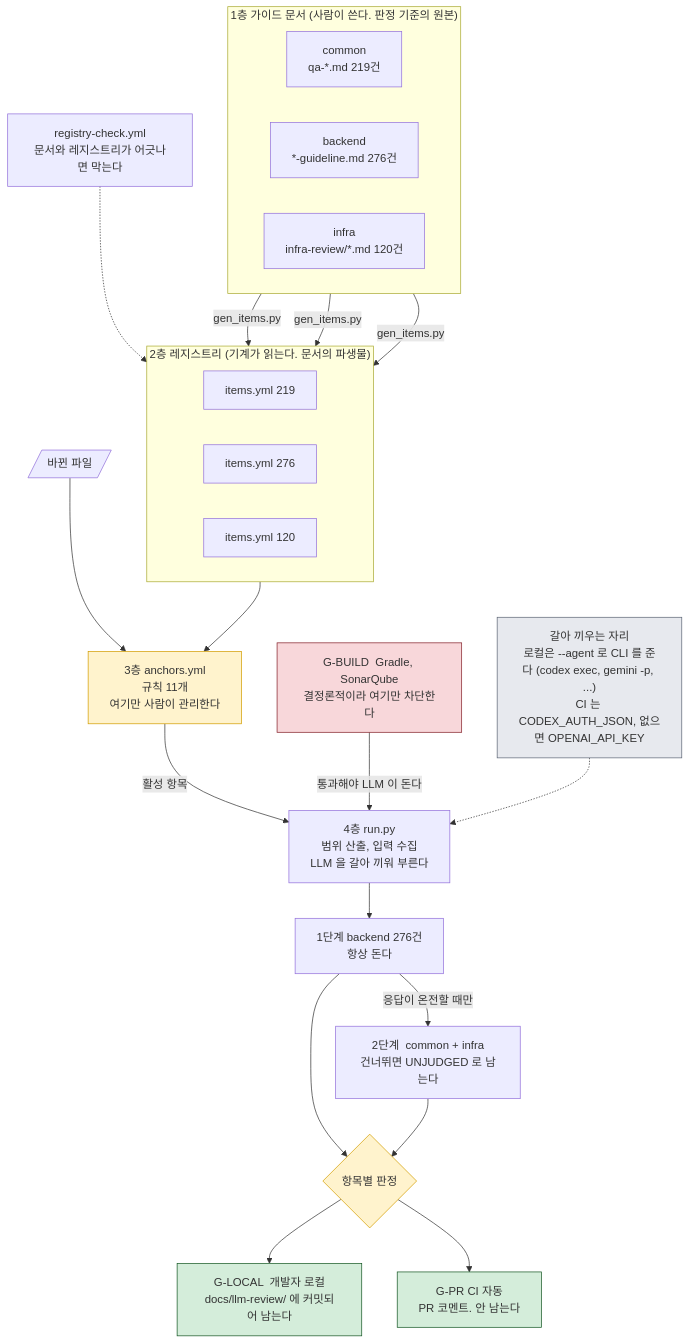
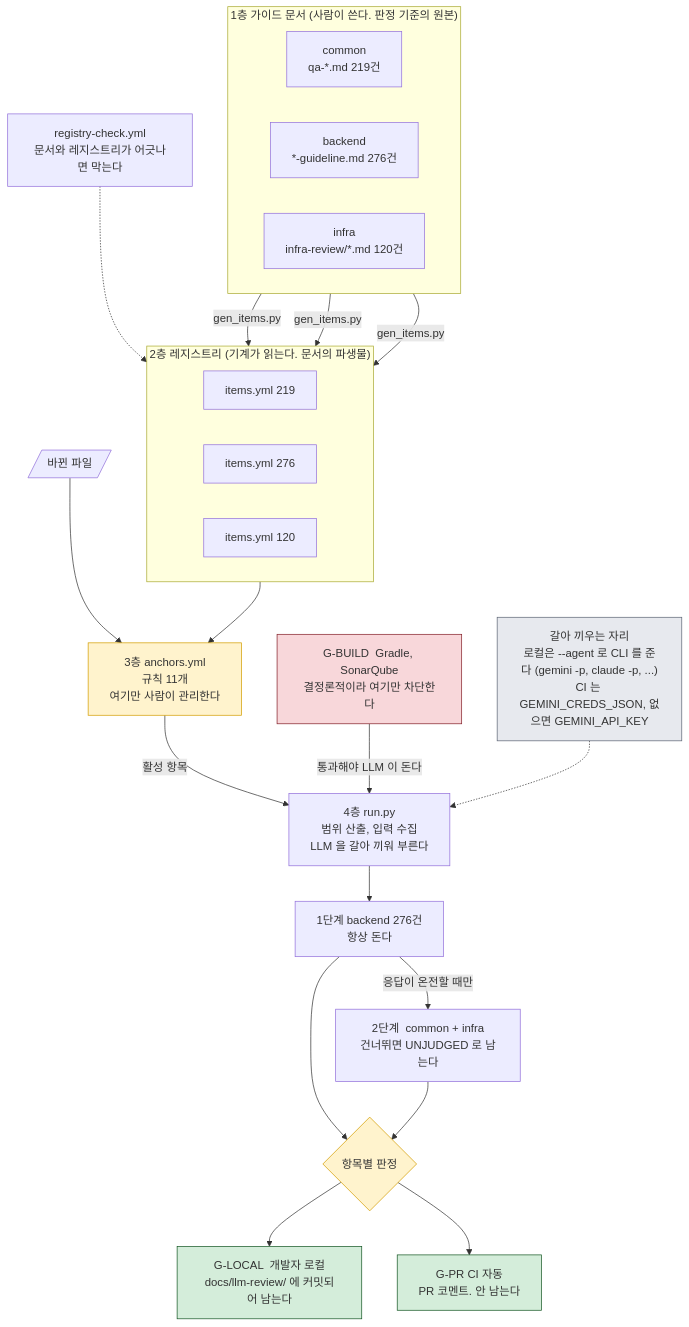
Before and after one commit to fresh-market/fm-backend: the third of 3 diagrams in README.md, drawn with Mermaid. The commit also changed other lines of this file and 3 other files, not shown here.

First line of the commit message:
[Chore] 판정 엔진이 Gemini CLI 로 바뀐 것을 게이트와 문서에 반영한다

````diff
--- a/README.md
+++ b/README.md
@@ -666,43 +666,43 @@
 ```mermaid
 flowchart TB
     subgraph SRC["1층  가이드 문서 (사람이 쓴다. 판정 기준의 원본)"]
         direction LR
         DC["common<br/>qa-*.md  219건"]
         DB["backend<br/>*-guideline.md  276건"]
         DI["infra<br/>infra-review/*.md  120건"]
     end
 
     subgraph REG["2층  레지스트리 (기계가 읽는다. 문서의 파생물)"]
         direction LR
         IC["items.yml  219"]
         IB["items.yml  276"]
         II["items.yml  120"]
     end
 
     DC -->|"gen_items.py"| IC
     DB -->|"gen_items.py"| IB
     DI -->|"gen_items.py"| II
     CHK["registry-check.yml<br/>문서와 레지스트리가 어긋나면 막는다"] -.-> REG
 
     DIFF[/"바뀐 파일"/] --> ANC
     REG --> ANC["3층  anchors.yml<br/>규칙 11개<br/>여기만 사람이 관리한다"]
     ANC -->|"활성 항목"| RUN["4층  run.py<br/>범위 산출, 입력 수집<br/>LLM 을 갈아 끼워 부른다"]
 
     BUILD["G-BUILD  Gradle, SonarQube<br/>결정론적이라 여기만 차단한다"] -->|"통과해야 LLM 이 돈다"| RUN
 
     RUN --> S1["1단계  backend 276건<br/>항상 돈다"]
     S1 -->|"응답이 온전할 때만"| S2["2단계  common + infra<br/>건너뛰면 UNJUDGED 로 남는다"]
 
     S1 --> J{"항목별 판정"}
     S2 --> J
     J --> GL["G-LOCAL  개발자 로컬<br/>docs/llm-review/ 에 커밋되어 남는다"]
-    AG["갈아 끼우는 자리<br/>로컬은 --agent 로 CLI 를 준다 (codex exec, gemini -p, ...)<br/>CI 는 CODEX_AUTH_JSON, 없으면 OPENAI_API_KEY"] -.-> RUN
+    AG["갈아 끼우는 자리<br/>로컬은 --agent 로 CLI 를 준다 (gemini -p, claude -p, ...)<br/>CI 는 GEMINI_CREDS_JSON, 없으면 GEMINI_API_KEY"] -.-> RUN
     J --> GP["G-PR  CI 자동<br/>PR 코멘트. 안 남는다"]
 
     style AG fill:#e7e9ee,stroke:#5d6675
     style BUILD fill:#f8d7da,stroke:#842029
     style ANC fill:#fff3cd,stroke:#d39e00
     style J fill:#fff3cd,stroke:#d39e00
     style GL fill:#d4edda,stroke:#155724
     style GP fill:#d4edda,stroke:#155724
 ```
````
